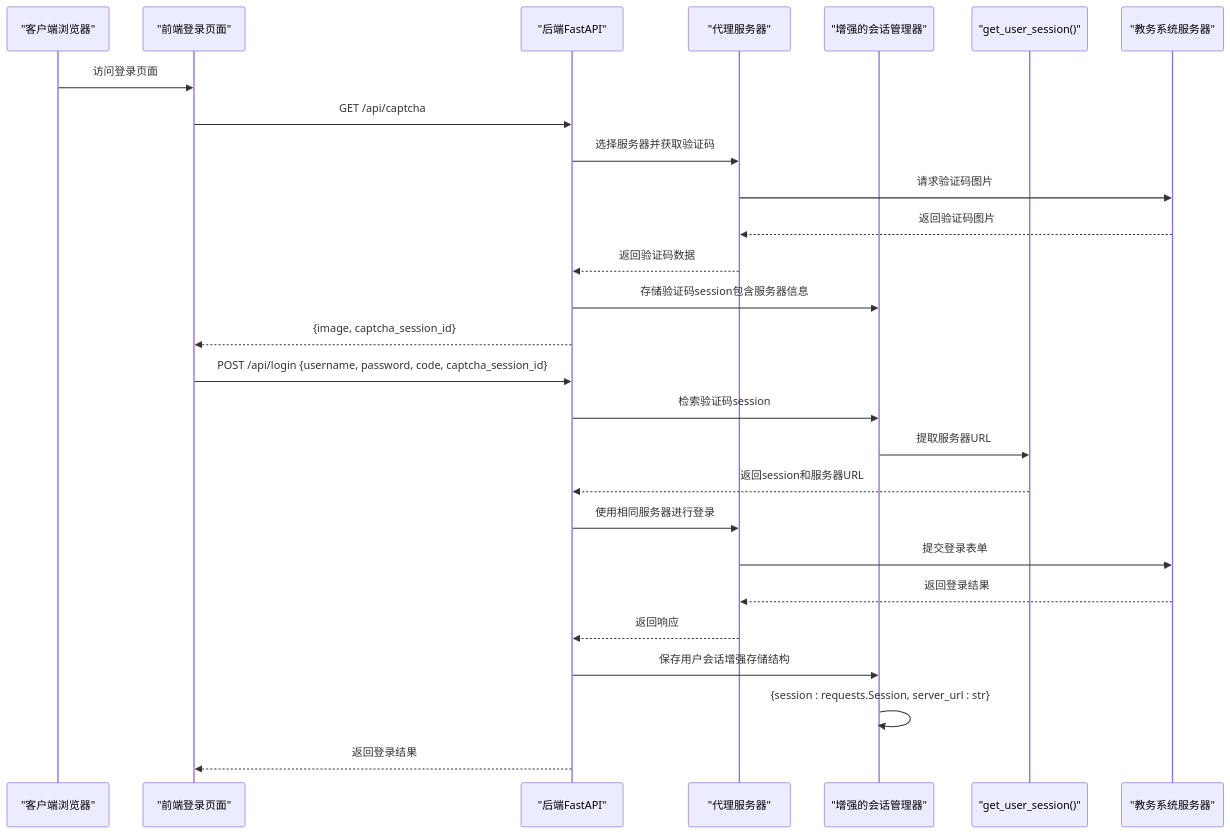
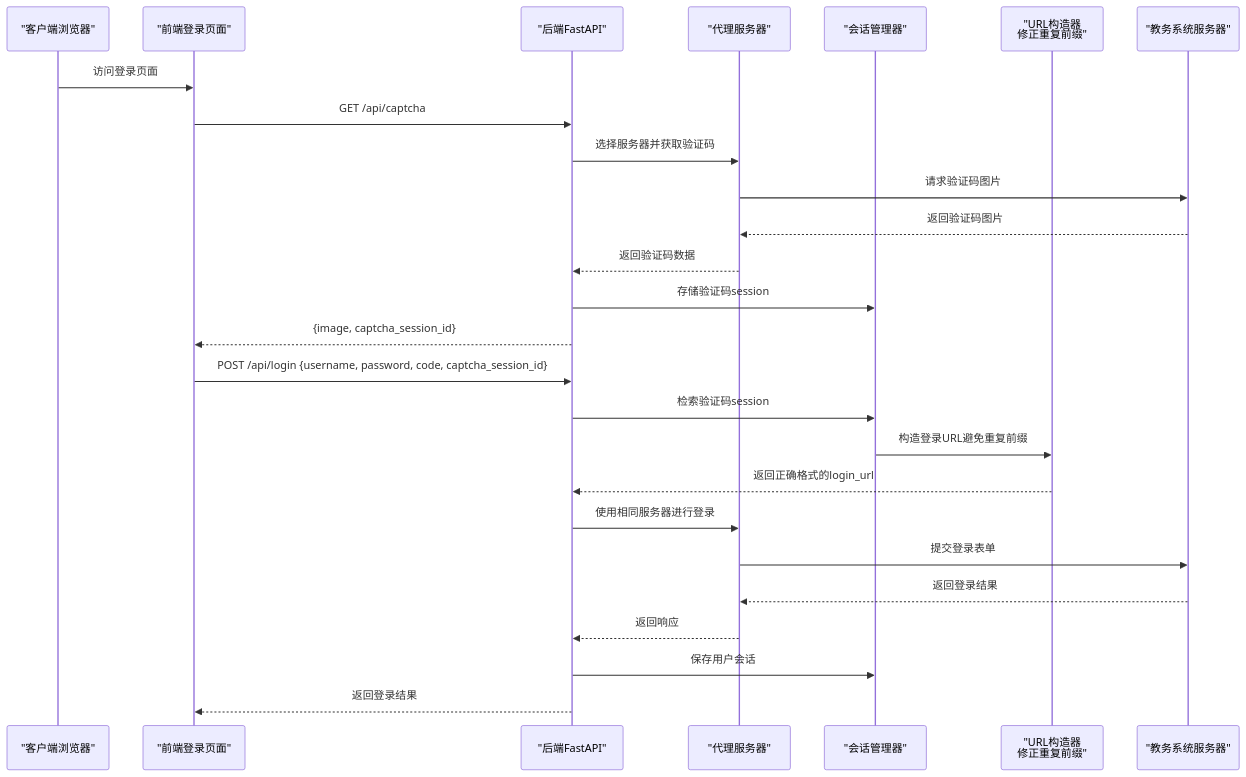
One commit to ghbbn053-ship-itsoulddog/soulddog changed the second of 6 diagrams in .qoder/repowiki/zh/content/后端API文档/用户认证API.md. Above: the diagram before and after it, drawn with Mermaid. The commit also changed other lines of this file and 6 other files, not shown here.

````diff
--- a/.qoder/repowiki/zh/content/后端API文档/用户认证API.md
+++ b/.qoder/repowiki/zh/content/后端API文档/用户认证API.md
@@ -120,29 +118,28 @@
 ```mermaid
 sequenceDiagram
 participant Client as "客户端浏览器"
 participant Frontend as "前端登录页面"
 participant Backend as "后端FastAPI"
 participant Proxy as "代理服务器"
-participant SessionMgr as "增强的会话管理器"
-participant Helper as "get_user_session()"
+participant SessionMgr as "会话管理器"
+participant URLBuilder as "URL构造器<br/>修正重复前缀"
 participant JWXT as "教务系统服务器"
 Client->>Frontend : 访问登录页面
 Frontend->>Backend : GET /api/captcha
 Backend->>Proxy : 选择服务器并获取验证码
 Proxy->>JWXT : 请求验证码图片
 JWXT-->>Proxy : 返回验证码图片
 Proxy-->>Backend : 返回验证码数据
-Backend->>SessionMgr : 存储验证码session包含服务器信息
+Backend->>SessionMgr : 存储验证码session
 Backend-->>Frontend : {image, captcha_session_id}
 Frontend->>Backend : POST /api/login {username, password, code, captcha_session_id}
 Backend->>SessionMgr : 检索验证码session
-SessionMgr->>Helper : 提取服务器URL
-Helper-->>Backend : 返回session和服务器URL
+SessionMgr->>URLBuilder : 构造登录URL避免重复前缀
+URLBuilder-->>Backend : 返回正确格式的login_url
 Backend->>Proxy : 使用相同服务器进行登录
 Proxy->>JWXT : 提交登录表单
 JWXT-->>Proxy : 返回登录结果
 Proxy-->>Backend : 返回响应
-Backend->>SessionMgr : 保存用户会话增强存储结构
-SessionMgr->>SessionMgr : {session : requests.Session, server_url : str}
+Backend->>SessionMgr : 保存用户会话
 Backend-->>Frontend : 返回登录结果
 ```
````
